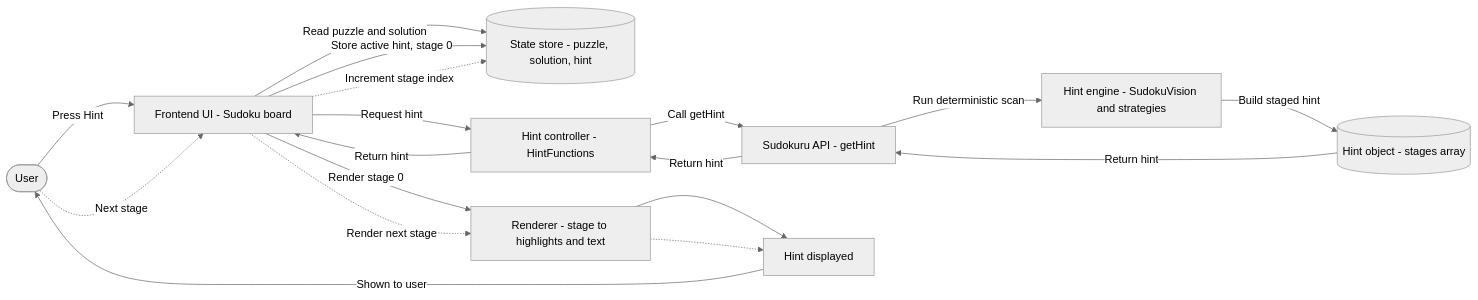
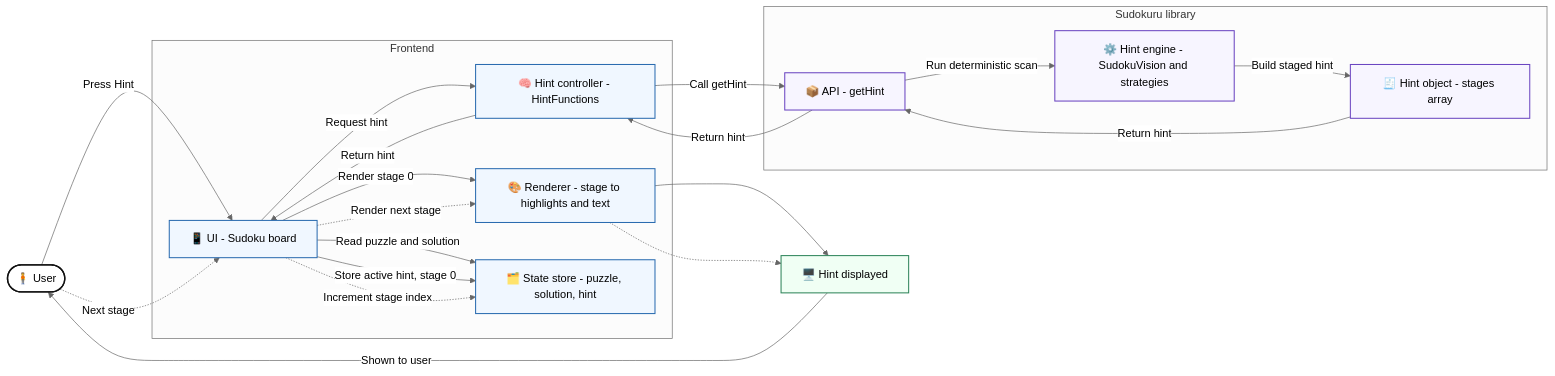
Before and after one commit to Sudokuru/Sudokuru: the diagram in V4/PLAN.md, drawn with Mermaid (neutral theme).

Commit message:
Made mermaid prettier

````diff
--- a/V4/PLAN.md
+++ b/V4/PLAN.md
@@ -362,31 +362,53 @@
 ```mermaid
 flowchart LR
-  U([User])
-  UI[Frontend UI - Sudoku board]
-  S[(State store - puzzle, solution, hint)]
-  HF[Hint controller - HintFunctions]
-  API[Sudokuru API - getHint]
-  ENG[Hint engine - SudokuVision and strategies]
-  HINT[(Hint object - stages array)]
-  R[Renderer - stage to highlights and text]
-  DISP[Hint displayed]
+  %% Actors / endpoints
+  U([🧍 User])
+  DISP[🖥️ Hint displayed]
 
+  %% Frontend
+  subgraph FE[Frontend]
+    UI[📱 UI - Sudoku board]
+    HF[🧠 Hint controller - HintFunctions]
+    R[🎨 Renderer - stage to highlights and text]
+    S[🗂️ State store - puzzle, solution, hint]
+  end
+
+  %% Backend / library
+  subgraph SU[Sudokuru library]
+    API[📦 API - getHint]
+    ENG[⚙️ Hint engine - SudokuVision and strategies]
+    HINT[🧾 Hint object - stages array]
+  end
+
+  %% Main flow
   U -->|Press Hint| UI
   UI -->|Read puzzle and solution| S
   UI -->|Request hint| HF
   HF -->|Call getHint| API
   API -->|Run deterministic scan| ENG
   ENG -->|Build staged hint| HINT
   HINT -->|Return hint| API
   API -->|Return hint| HF
   HF -->|Return hint| UI
   UI -->|Store active hint, stage 0| S
   UI -->|Render stage 0| R
   R --> DISP
   DISP -->|Shown to user| U
 
+  %% Stage stepping
   U -.->|Next stage| UI
   UI -.->|Increment stage index| S
   UI -.->|Render next stage| R
   R -.-> DISP
+
+  %% Styling
+  classDef actor fill:#ffffff,stroke:#111111,stroke-width:2px;
+  classDef frontend fill:#f0f7ff,stroke:#2b6cb0,stroke-width:1.5px;
+  classDef sudokuru fill:#f7f5ff,stroke:#6b46c1,stroke-width:1.5px;
+  classDef output fill:#f0fff4,stroke:#2f855a,stroke-width:1.5px;
+
+  class U actor;
+  class DISP output;
+  class UI,HF,R,S frontend;
+  class API,ENG,HINT sudokuru;
 ```
````
